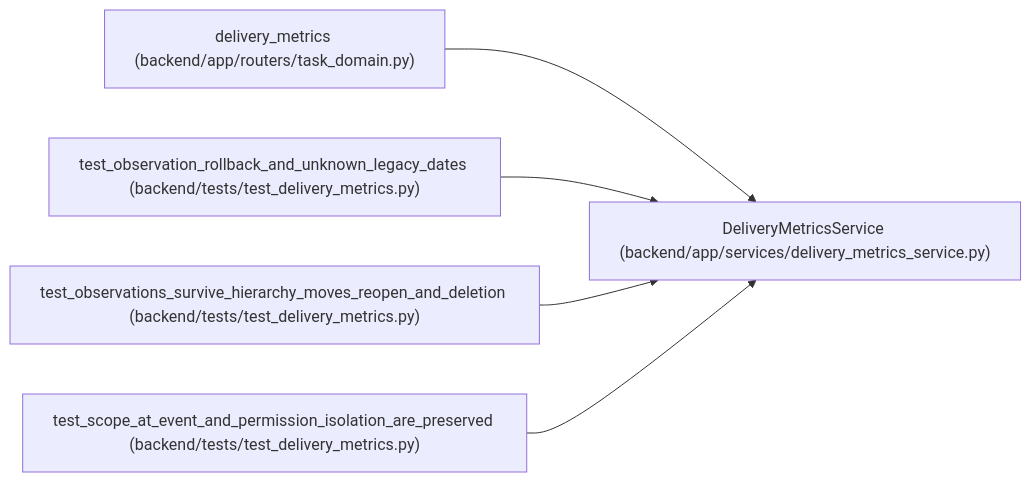
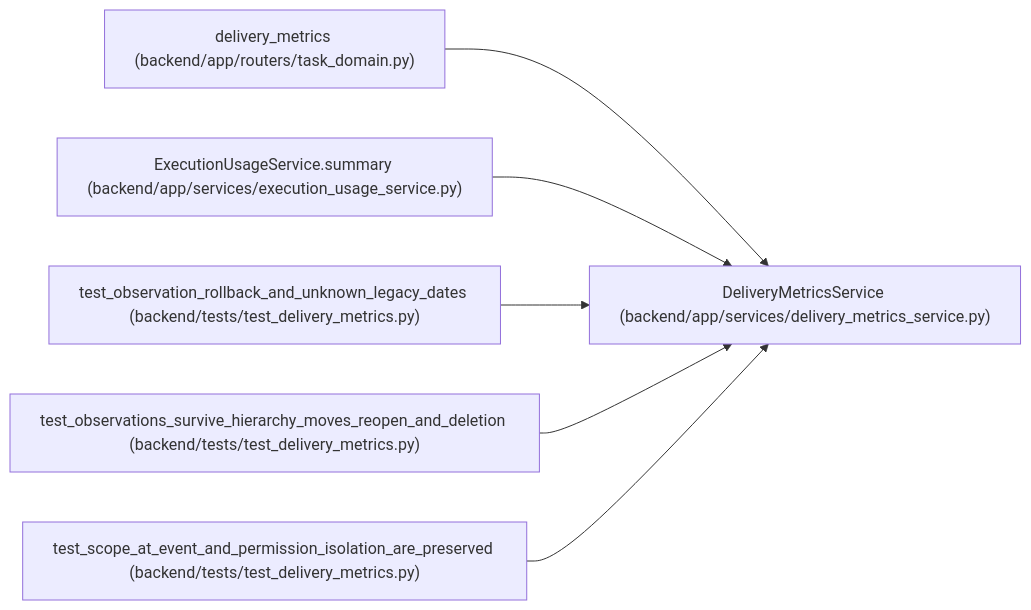
Before and after one commit to Denissvgn/WorkChord: the diagram in docs/llm_wiki/entities/DeliveryMetricsService.md, drawn with Mermaid. The commit also changed other lines of this file and 623 other files, not shown here.

Commit message:
docs(wiki): synchronize execution usage and pricing evidence

````diff
--- a/docs/llm_wiki/entities/DeliveryMetricsService.md
+++ b/docs/llm_wiki/entities/DeliveryMetricsService.md
@@ -26,17 +26,20 @@
 ```mermaid
 flowchart LR
     n0["DeliveryMetricsService (backend/app/services/delivery_metrics_service.py)"]
     n1["delivery_metrics (backend/app/routers/task_domain.py)"]
-    n2["test_observation_rollback_and_unknown_legacy_dates (backend/tests/test_delivery_metrics.py)"]
-    n3["test_observations_survive_hierarchy_moves_reopen_and_deletion (backend/tests/test_delivery_metrics.py)"]
-    n4["test_scope_at_event_and_permission_isolation_are_preserved (backend/tests/test_delivery_metrics.py)"]
+    n2["ExecutionUsageService.summary (backend/app/services/execution_usage_service.py)"]
+    n3["test_observation_rollback_and_unknown_legacy_dates (backend/tests/test_delivery_metrics.py)"]
+    n4["test_observations_survive_hierarchy_moves_reopen_and_deletion (backend/tests/test_delivery_metrics.py)"]
+    n5["test_scope_at_event_and_permission_isolation_are_preserved (backend/tests/test_delivery_metrics.py)"]
     n1 --> n0
     n2 --> n0
     n3 --> n0
     n4 --> n0
+    n5 --> n0
     click n0 "../modules/delivery_metrics_service.md"
     click n1 "../modules/routers_task_domain.md"
-    click n2 "../modules/test_delivery_metrics.md"
+    click n2 "../modules/execution_usage_service.md"
     click n3 "../modules/test_delivery_metrics.md"
     click n4 "../modules/test_delivery_metrics.md"
+    click n5 "../modules/test_delivery_metrics.md"
 ```
````
